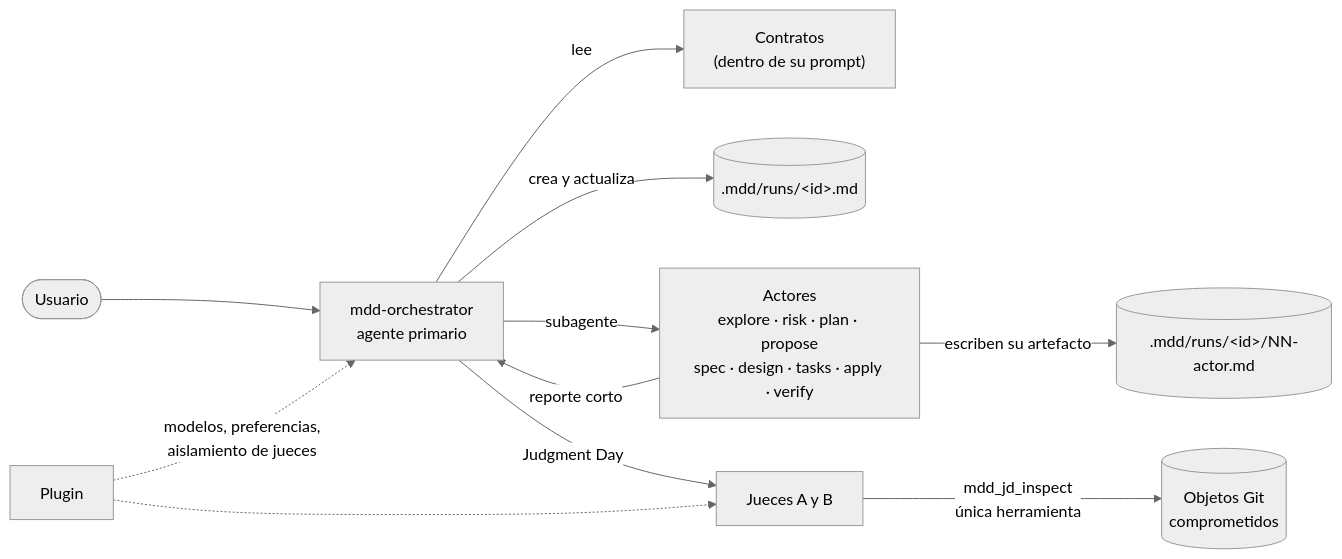
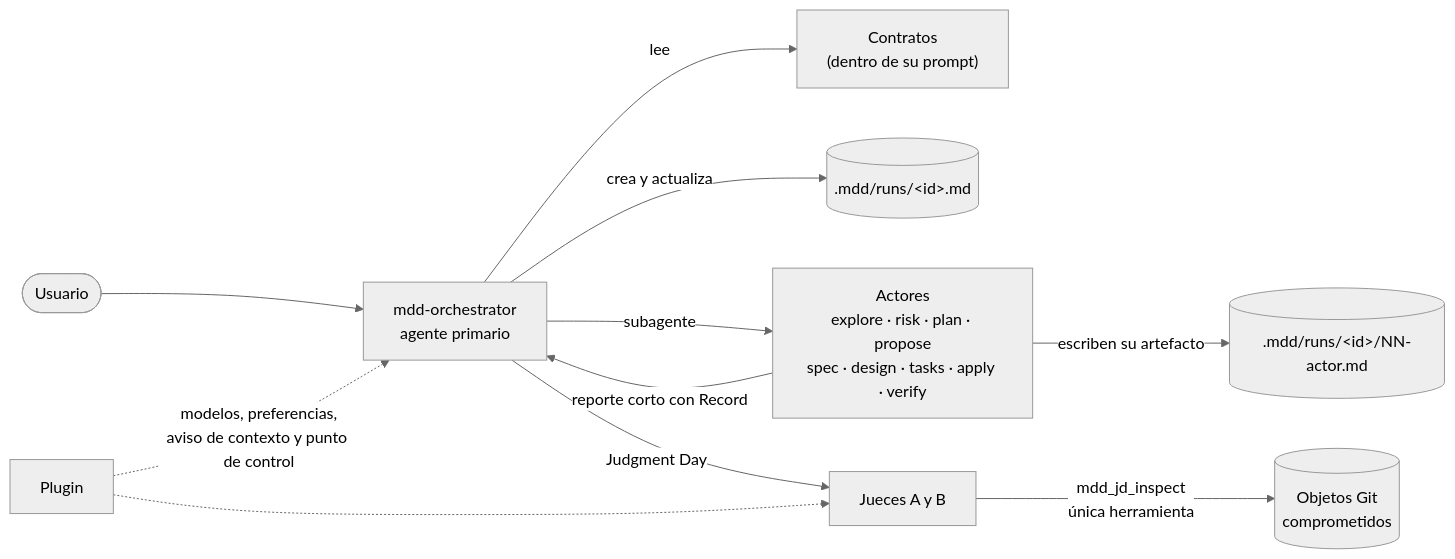
Before and after one commit to vancinis/mdd-orchestrator: the first of 2 diagrams in docs/architecture.md, drawn with Mermaid (neutral theme). The commit also changed other lines of this file and 4 other files, not shown here.

````diff
--- a/docs/architecture.md
+++ b/docs/architecture.md
@@ -19,13 +19,13 @@
 ```mermaid
 flowchart LR
   U([Usuario]) --> O["mdd-orchestrator<br/>agente primario"]
   O -->|"lee"| C["Contratos<br/>(dentro de su prompt)"]
   O -->|"crea y actualiza"| R[(".mdd/runs/&lt;id&gt;.md")]
   O -->|"subagente"| A["Actores<br/>explore · risk · plan · propose<br/>spec · design · tasks · apply · verify"]
   A -->|"escriben su artefacto"| D[(".mdd/runs/&lt;id&gt;/NN-actor.md")]
-  A -->|"reporte corto"| O
+  A -->|"reporte corto con Record"| O
   O -->|"Judgment Day"| J["Jueces A y B"]
   J -->|"mdd_jd_inspect<br/>única herramienta"| G[("Objetos Git<br/>comprometidos")]
-  P["Plugin"] -.->|"modelos, preferencias,<br/>aislamiento de jueces"| O
+  P["Plugin"] -.->|"modelos, preferencias,<br/>aviso de contexto y punto de control"| O
   P -.-> J
 ```
````
